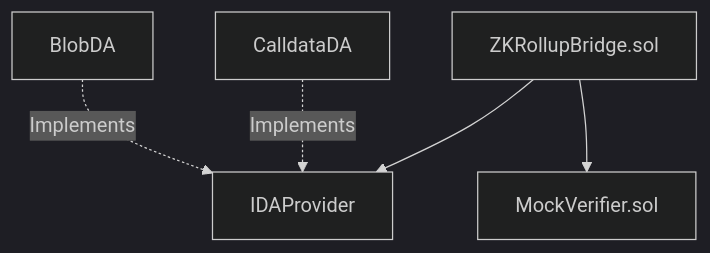
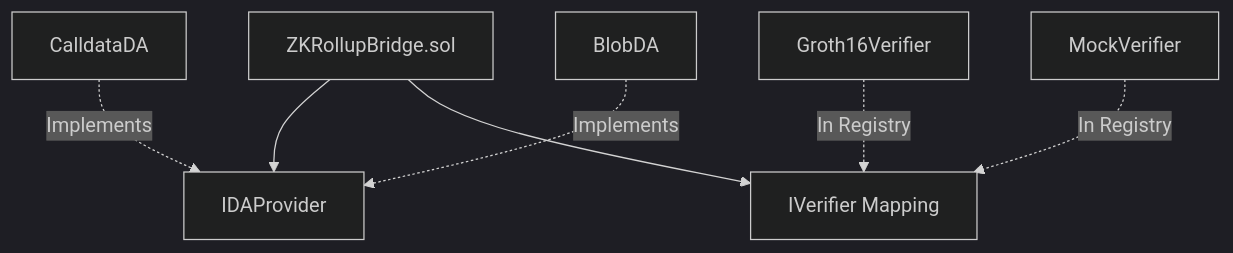
Before and after one commit to RollupX-FYP/rollupx-full-zk-rollup: the first of 3 diagrams in docs/contracts.md, drawn with Mermaid (dark theme). The commit also changed other lines of this file and 4 other files, not shown here.

Commit message:
documentation for smart contract architecture, API, and integration guides

````diff
--- a/docs/contracts.md
+++ b/docs/contracts.md
@@ -7,8 +7,11 @@
 ```mermaid
 flowchart TD
     Bridge[ZKRollupBridge.sol] --> DA[IDAProvider]
-    Bridge --> Verif[MockVerifier.sol]
+    Bridge --> Verif[IVerifier Mapping]
     
     DA_Impl1[CalldataDA] -.->|Implements| DA
     DA_Impl2[BlobDA] -.->|Implements| DA
+    
+    V_Impl1[Groth16Verifier] -.->|In Registry| Verif
+    V_Impl2[MockVerifier] -.->|In Registry| Verif
 ```
````
